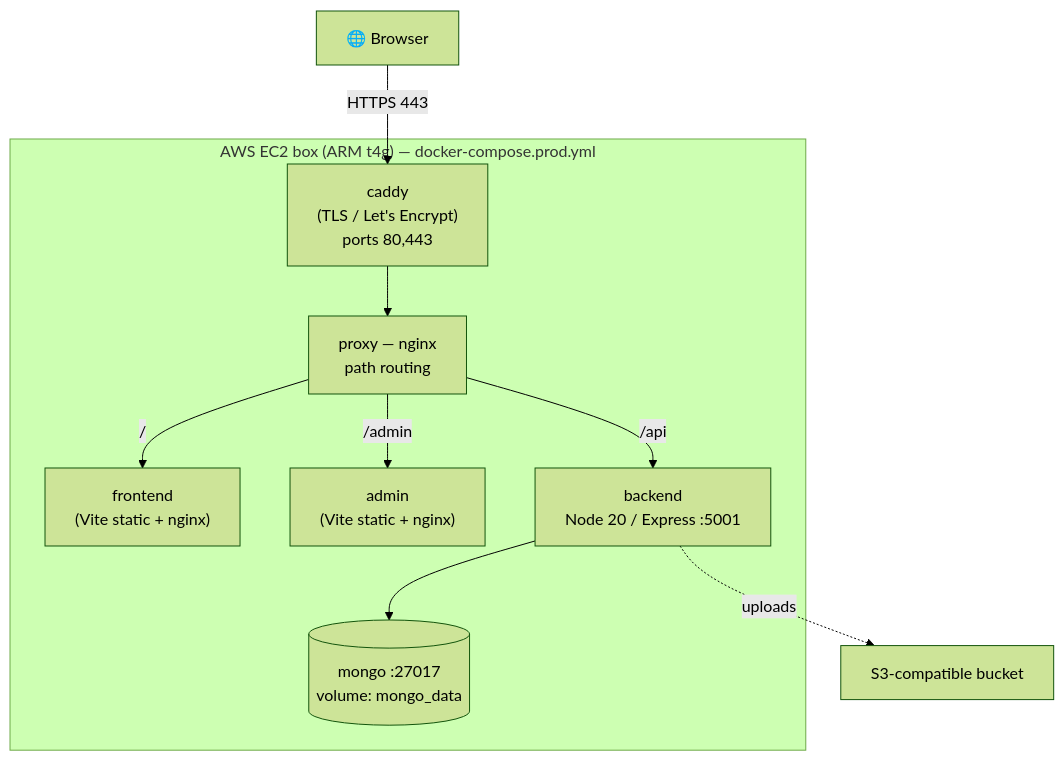
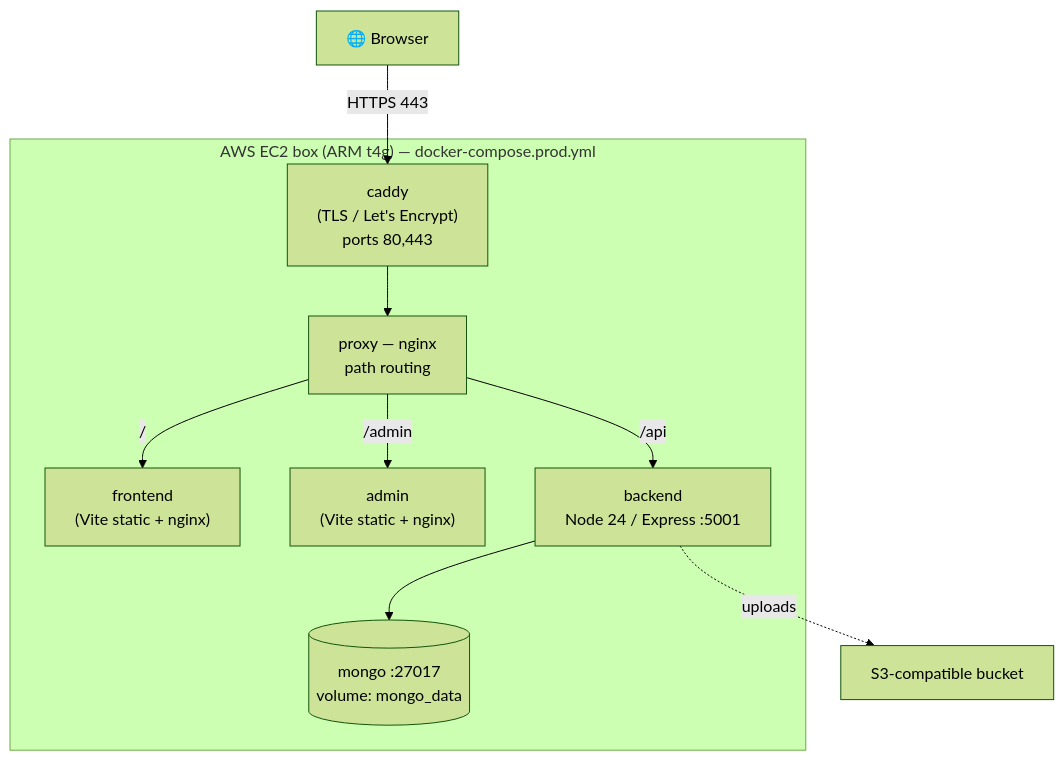
One commit to amirg76/kehilapp-devops changed the diagram in README.md. Above: the diagram before and after it, drawn with Mermaid (forest theme). The commit also changed other lines of this file and 13 other files, not shown here.

First line of the commit message:
nginx 1.30, Node 24, proxy that survives recreated services, deploy by build tag

````diff
--- a/README.md
+++ b/README.md
@@ -38,15 +38,15 @@
 ```mermaid
 flowchart TD
     User["🌐 Browser"] -->|HTTPS 443| Caddy
 
     subgraph EC2["AWS EC2 box (ARM t4g) — docker-compose.prod.yml"]
         Caddy["caddy<br/>(TLS / Let's Encrypt)<br/>ports 80,443"]
         Caddy --> Proxy["proxy — nginx<br/>path routing"]
         Proxy -->|/| Frontend["frontend<br/>(Vite static + nginx)"]
         Proxy -->|/admin| Admin["admin<br/>(Vite static + nginx)"]
-        Proxy -->|/api| Backend["backend<br/>Node 20 / Express :5001"]
+        Proxy -->|/api| Backend["backend<br/>Node 24 / Express :5001"]
         Backend --> Mongo[("mongo :27017<br/>volume: mongo_data")]
     end
 
     Backend -.->|uploads| S3["S3-compatible bucket"]
 ```
````
